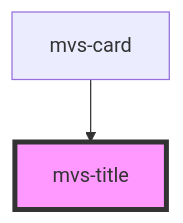
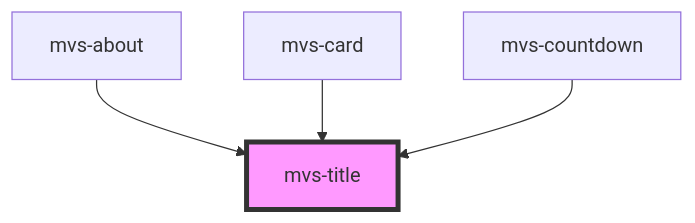
The diagram in src/components/typography/mvs-title/readme.md (rafaela-vairo/mvs-design-system), drawn with Mermaid before and after one commit. The commit also changed other lines of this file and 16 other files, not shown here.

````diff
--- a/src/components/typography/mvs-title/readme.md
+++ b/src/components/typography/mvs-title/readme.md
@@ -23,5 +25,7 @@
 ```mermaid
 graph TD;
+  mvs-about --> mvs-title
   mvs-card --> mvs-title
+  mvs-countdown --> mvs-title
   style mvs-title fill:#f9f,stroke:#333,stroke-width:4px
 ```
````
